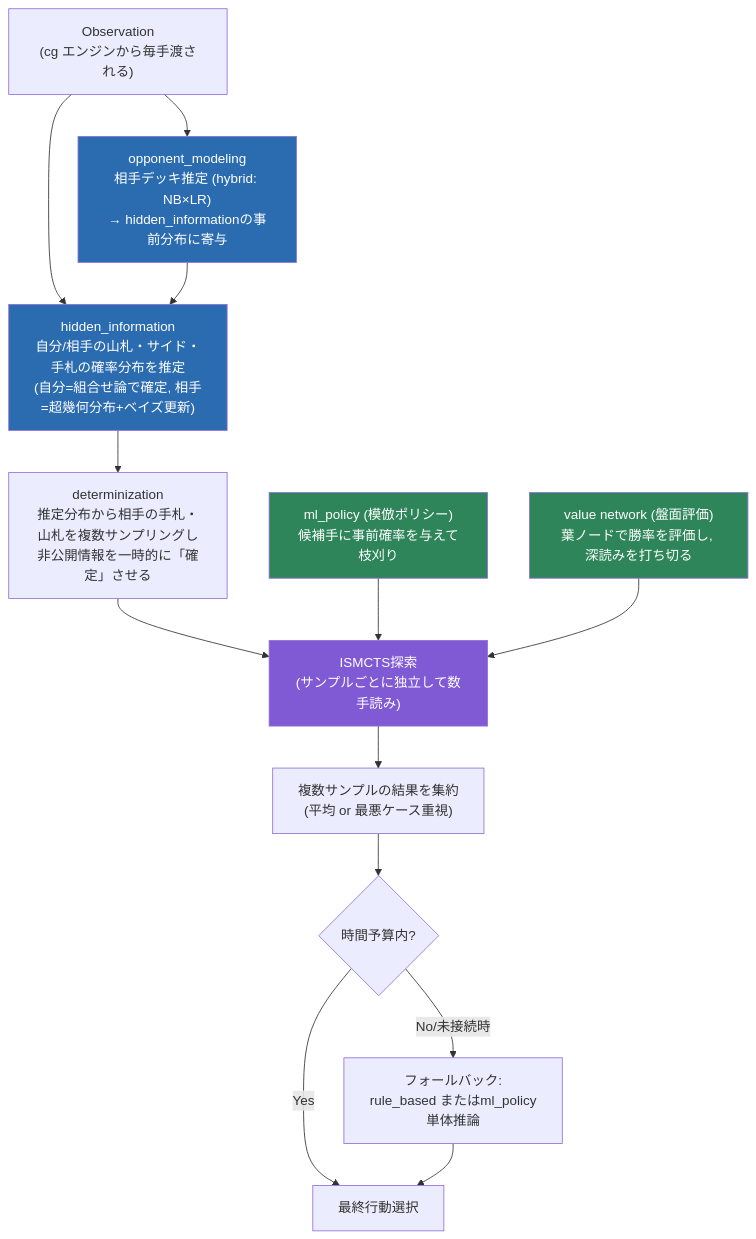
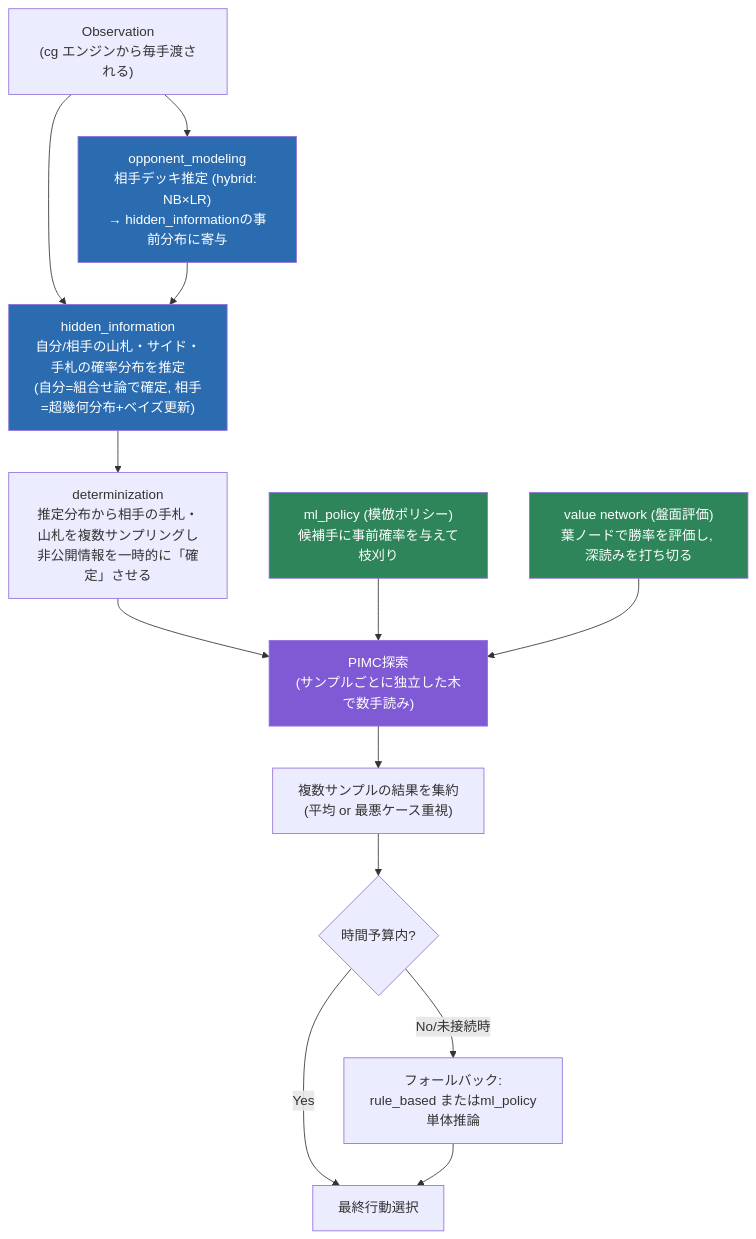
One commit to pokemon-ai-challenge/pokemon-tcg-ai-battle changed the first of 2 diagrams in sample_submission/docs/plans/individual/shogo/ai-architecture-strategy.md. Above: the diagram before and after it, drawn with Mermaid. The commit also changed other lines of this file and 53 other files, not shown here.

First line of the commit message:
feat(pimc-hidden-info): PIMC探索とhidden information推定の意思決定統合、value network shadow logging

````diff
--- a/sample_submission/docs/plans/individual/shogo/ai-architecture-strategy.md
+++ b/sample_submission/docs/plans/individual/shogo/ai-architecture-strategy.md
@@ -52,28 +54,28 @@
 ```mermaid
 flowchart TD
     OBS["Observation\n(cg エンジンから毎手渡される)"]
 
     OBS --> HI["hidden_information\n自分/相手の山札・サイド・手札の確率分布を推定\n(自分=組合せ論で確定, 相手=超幾何分布+ベイズ更新)"]
     OBS --> OM["opponent_modeling\n相手デッキ推定 (hybrid: NB×LR)\n→ hidden_informationの事前分布に寄与"]
     OM --> HI
 
     HI --> DET["determinization\n推定分布から相手の手札・山札を複数サンプリングし\n非公開情報を一時的に「確定」させる"]
 
-    DET --> ISMCTS["ISMCTS探索\n(サンプルごとに独立して数手読み)"]
+    DET --> PIMC["PIMC探索\n(サンプルごとに独立した木で数手読み)"]
 
-    POLICY["ml_policy (模倣ポリシー)\n候補手に事前確率を与えて枝刈り"] --> ISMCTS
-    VALUE["value network (盤面評価)\n葉ノードで勝率を評価し, 深読みを打ち切る"] --> ISMCTS
+    POLICY["ml_policy (模倣ポリシー)\n候補手に事前確率を与えて枝刈り"] --> PIMC
+    VALUE["value network (盤面評価)\n葉ノードで勝率を評価し, 深読みを打ち切る"] --> PIMC
 
-    ISMCTS --> AGG["複数サンプルの結果を集約\n(平均 or 最悪ケース重視)"]
+    PIMC --> AGG["複数サンプルの結果を集約\n(平均 or 最悪ケース重視)"]
 
     AGG --> TIME{"時間予算内?"}
     TIME -- Yes --> ACT["最終行動選択"]
     TIME -- No/未接続時 --> FALLBACK["フォールバック:\nrule_based またはml_policy単体推論"]
     FALLBACK --> ACT
 
     style HI fill:#2b6cb0,color:#fff
     style OM fill:#2b6cb0,color:#fff
     style POLICY fill:#2f855a,color:#fff
     style VALUE fill:#2f855a,color:#fff
-    style ISMCTS fill:#805ad5,color:#fff
+    style PIMC fill:#805ad5,color:#fff
 ```
````
